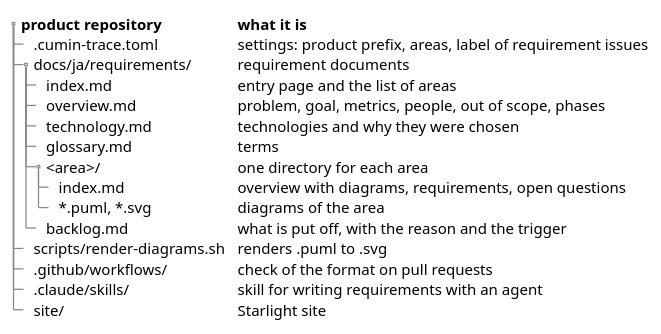
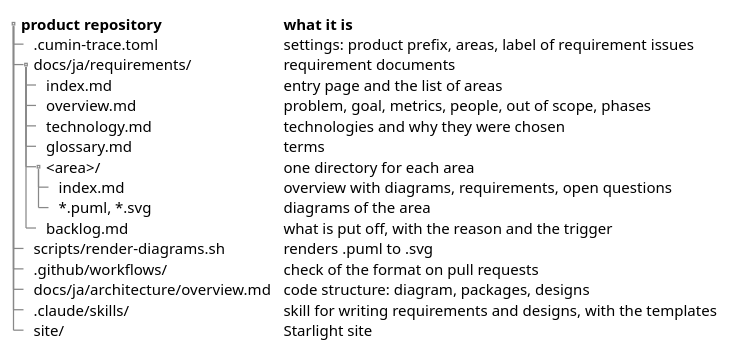
One commit to cloveclovedev/cumin-trace changed the diagram in docs/ja/requirements/templates/templates-files.puml. Above: the diagram before and after it, drawn with PlantUML. The commit also changed 24 other files, not shown here.

```diff
--- a/docs/ja/requirements/templates/templates-files.puml
+++ b/docs/ja/requirements/templates/templates-files.puml
@@ -1,22 +1,23 @@
 @startuml templates-files
 salt
 {
 {T
  + <b>product repository | <b>what it is
  ++ .cumin-trace.toml | settings: product prefix, areas, label of requirement issues
  ++ docs/ja/requirements/ | requirement documents
  +++ index.md | entry page and the list of areas
  +++ overview.md | problem, goal, metrics, people, out of scope, phases
  +++ technology.md | technologies and why they were chosen
  +++ glossary.md | terms
  +++ <area>/ | one directory for each area
  ++++ index.md | overview with diagrams, requirements, open questions
  ++++ *.puml, *.svg | diagrams of the area
  +++ backlog.md | what is put off, with the reason and the trigger
  ++ scripts/render-diagrams.sh | renders .puml to .svg
  ++ .github/workflows/ | check of the format on pull requests
- ++ .claude/skills/ | skill for writing requirements with an agent
+ ++ docs/ja/architecture/overview.md | code structure: diagram, packages, designs
+ ++ .claude/skills/ | skill for writing requirements and designs, with the templates
  ++ site/ | Starlight site
 }
 }
 @enduml
```
